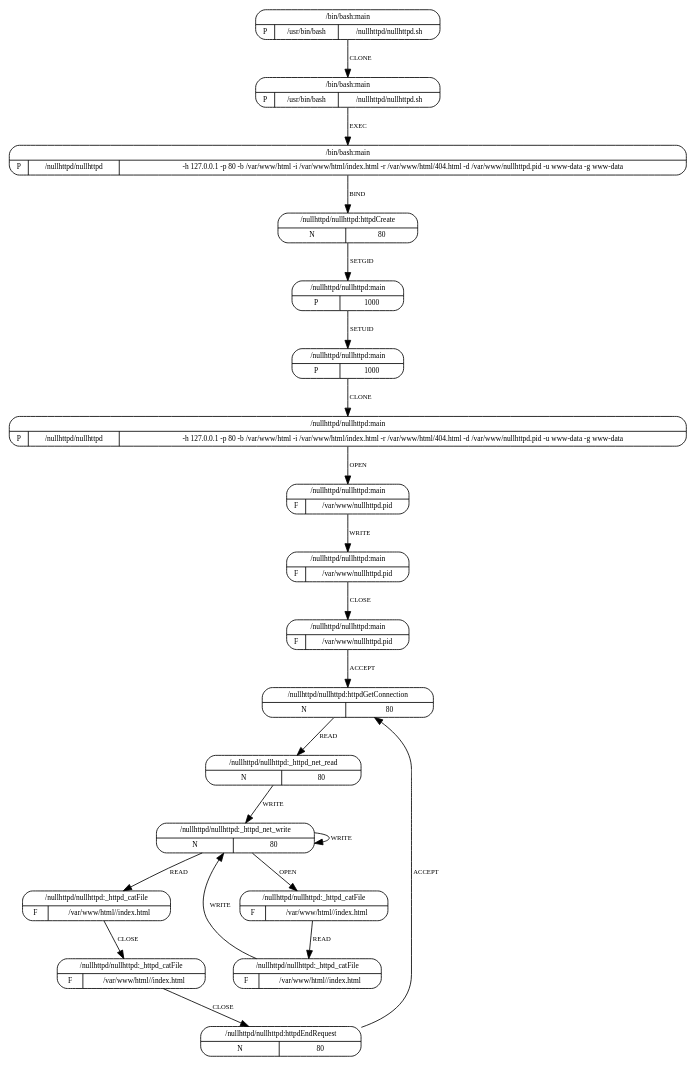
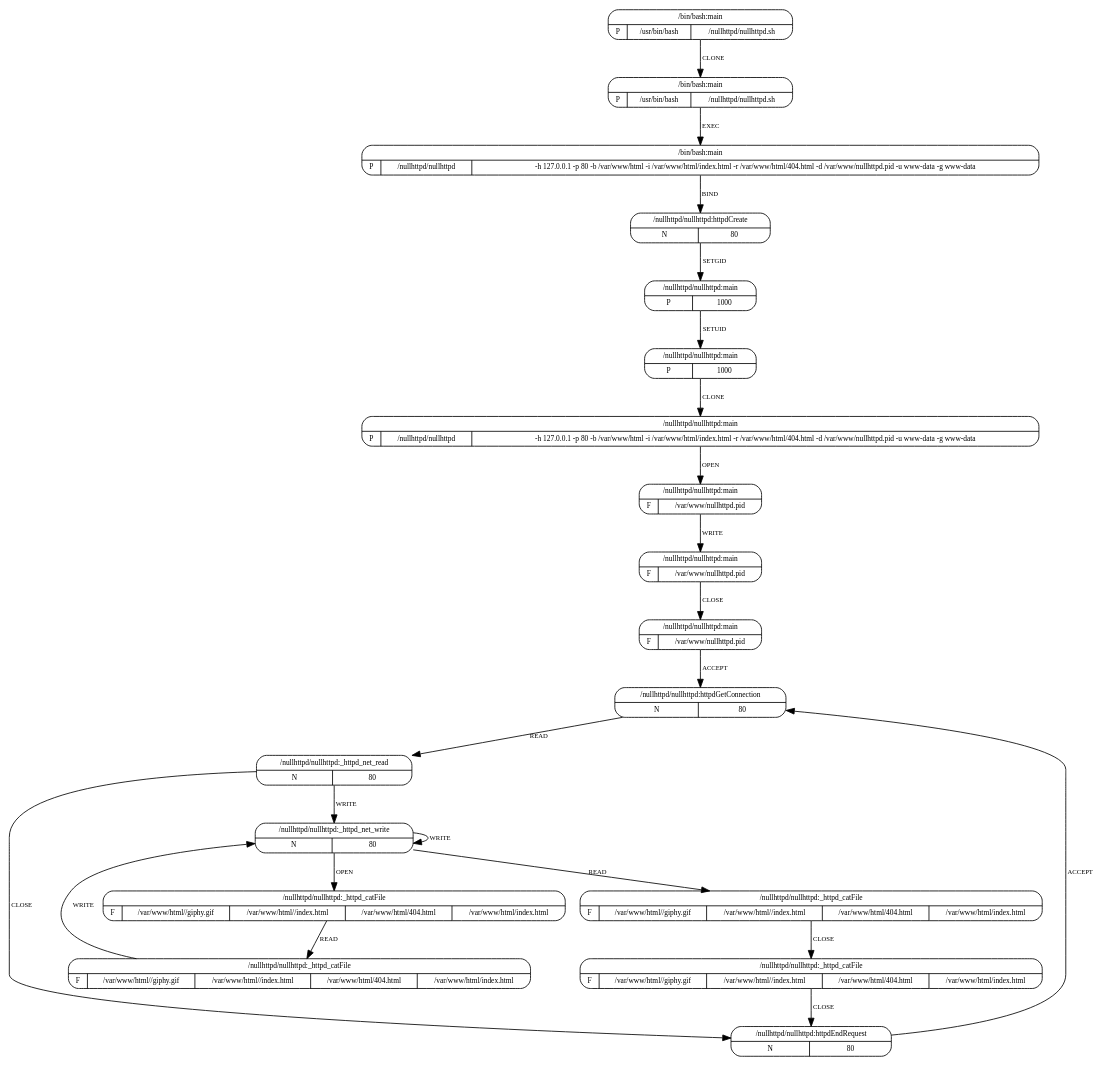
The diagram in plugins/mrm/resources/models/nullhttpd.dot (sysflow-telemetry/upolicycraft), drawn with Graphviz before and after one commit. The commit also changed 3 other files, not shown here.

```diff
--- a/plugins/mrm/resources/models/nullhttpd.dot
+++ b/plugins/mrm/resources/models/nullhttpd.dot
@@ -1,70 +1,72 @@
 digraph G {
-  3 [shape=Mrecord, label="{{/nullhttpd/nullhttpd:httpdCreate}|{N|80}}",
+  3 [shape=Mrecord, label="{{/nullhttpd/nullhttpd:httpdCreate}|{N|{80}}}",
      fontsize=9, ];
-  10 [shape=Mrecord, label="{{/nullhttpd/nullhttpd:httpdGetConnection}|{N|80}}",
+  10 [shape=Mrecord,
+      label="{{/nullhttpd/nullhttpd:httpdGetConnection}|{N|{80}}}",
       fontsize=9, ];
-  12 [shape=Mrecord, label="{{/nullhttpd/nullhttpd:_httpd_net_write}|{N|80}}",
+  12 [shape=Mrecord, label="{{/nullhttpd/nullhttpd:_httpd_net_write}|{N|{80}}}",
       fontsize=9, ];
-  11 [shape=Mrecord, label="{{/nullhttpd/nullhttpd:_httpd_net_read}|{N|80}}",
+  11 [shape=Mrecord, label="{{/nullhttpd/nullhttpd:_httpd_net_read}|{N|{80}}}",
       fontsize=9, ];
   16 [shape=Mrecord,
-      label="{{/nullhttpd/nullhttpd:_httpd_catFile}|{F|/var/www/html//index.html}}",
+      label="{{/nullhttpd/nullhttpd:_httpd_catFile}|{F|{/var/www/html//giphy.gif}|{/var/www/html//index.html}|{/var/www/html/404.html}|{/var/www/html/index.html}}}",
       fontsize=9, ];
   17 [shape=Mrecord,
-      label="{{/nullhttpd/nullhttpd:_httpd_catFile}|{F|/var/www/html//index.html}}",
+      label="{{/nullhttpd/nullhttpd:_httpd_catFile}|{F|{/var/www/html//giphy.gif}|{/var/www/html//index.html}|{/var/www/html/404.html}|{/var/www/html/index.html}}}",
       fontsize=9, ];
   13 [shape=Mrecord,
-      label="{{/nullhttpd/nullhttpd:_httpd_catFile}|{F|/var/www/html//index.html}}",
+      label="{{/nullhttpd/nullhttpd:_httpd_catFile}|{F|{/var/www/html//giphy.gif}|{/var/www/html//index.html}|{/var/www/html/404.html}|{/var/www/html/index.html}}}",
       fontsize=9, ];
   14 [shape=Mrecord,
-      label="{{/nullhttpd/nullhttpd:_httpd_catFile}|{F|/var/www/html//index.html}}",
+      label="{{/nullhttpd/nullhttpd:_httpd_catFile}|{F|{/var/www/html//giphy.gif}|{/var/www/html//index.html}|{/var/www/html/404.html}|{/var/www/html/index.html}}}",
       fontsize=9, ];
-  15 [shape=Mrecord, label="{{/nullhttpd/nullhttpd:httpdEndRequest}|{N|80}}",
+  15 [shape=Mrecord, label="{{/nullhttpd/nullhttpd:httpdEndRequest}|{N|{80}}}",
       fontsize=9, ];
   7 [shape=Mrecord,
-     label="{{/nullhttpd/nullhttpd:main}|{F|/var/www/nullhttpd.pid}}",
+     label="{{/nullhttpd/nullhttpd:main}|{F|{/var/www/nullhttpd.pid}}}",
      fontsize=9, ];
   8 [shape=Mrecord,
-     label="{{/nullhttpd/nullhttpd:main}|{F|/var/www/nullhttpd.pid}}",
+     label="{{/nullhttpd/nullhttpd:main}|{F|{/var/www/nullhttpd.pid}}}",
      fontsize=9, ];
   9 [shape=Mrecord,
-     label="{{/nullhttpd/nullhttpd:main}|{F|/var/www/nullhttpd.pid}}",
+     label="{{/nullhttpd/nullhttpd:main}|{F|{/var/www/nullhttpd.pid}}}",
      fontsize=9, ];
   6 [shape=Mrecord,
      label="{{/nullhttpd/nullhttpd:main}|{P|/nullhttpd/nullhttpd|-h 127.0.0.1 -p 80 -b /var/www/html -i /var/www/html/index.html -r /var/www/html/404.html -d /var/www/nullhttpd.pid -u www-data -g www-data}}",
      fontsize=9, ];
   5 [shape=Mrecord, label="{{/nullhttpd/nullhttpd:main}|{P|1000}}", fontsize=9, ];
   4 [shape=Mrecord, label="{{/nullhttpd/nullhttpd:main}|{P|1000}}", fontsize=9, ];
   0 [shape=Mrecord,
      label="{{/bin/bash:main}|{P|/usr/bin/bash|/nullhttpd/nullhttpd.sh}}",
      fontsize=9, ];
   1 [shape=Mrecord,
      label="{{/bin/bash:main}|{P|/usr/bin/bash|/nullhttpd/nullhttpd.sh}}",
      fontsize=9, ];
   2 [shape=Mrecord,
      label="{{/bin/bash:main}|{P|/nullhttpd/nullhttpd|-h 127.0.0.1 -p 80 -b /var/www/html -i /var/www/html/index.html -r /var/www/html/404.html -d /var/www/nullhttpd.pid -u www-data -g www-data}}",
      fontsize=9, ];
   
   
   3 -> 4 [label="SETGID", fontsize=8, ];
   10 -> 11 [label="READ", fontsize=8, ];
   12 -> 12 [label="WRITE", fontsize=8, ];
   12 -> 16 [label="OPEN", fontsize=8, ];
   12 -> 13 [label="READ", fontsize=8, ];
   11 -> 12 [label="WRITE", fontsize=8, ];
+  11 -> 15 [label="CLOSE", fontsize=8, ];
   16 -> 17 [label="READ", fontsize=8, ];
   17 -> 12 [label="WRITE", fontsize=8, ];
   13 -> 14 [label="CLOSE", fontsize=8, ];
   14 -> 15 [label="CLOSE", fontsize=8, ];
   15 -> 10 [label="ACCEPT", fontsize=8, ];
   7 -> 8 [label="WRITE", fontsize=8, ];
   8 -> 9 [label="CLOSE", fontsize=8, ];
   9 -> 10 [label="ACCEPT", fontsize=8, ];
   6 -> 7 [label="OPEN", fontsize=8, ];
   5 -> 6 [label="CLONE", fontsize=8, ];
   4 -> 5 [label="SETUID", fontsize=8, ];
   0 -> 1 [label="CLONE", fontsize=8, ];
   1 -> 2 [label="EXEC", fontsize=8, ];
   2 -> 3 [label="BIND", fontsize=8, ];
   
   }
```
